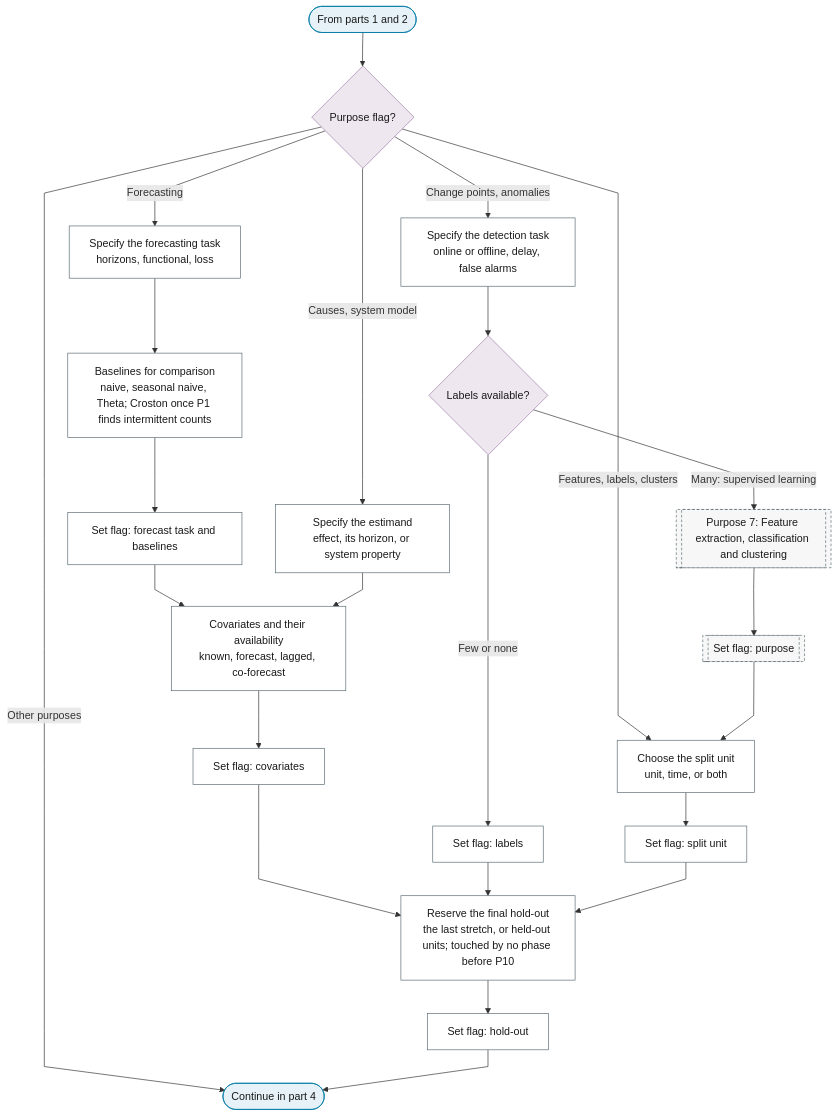
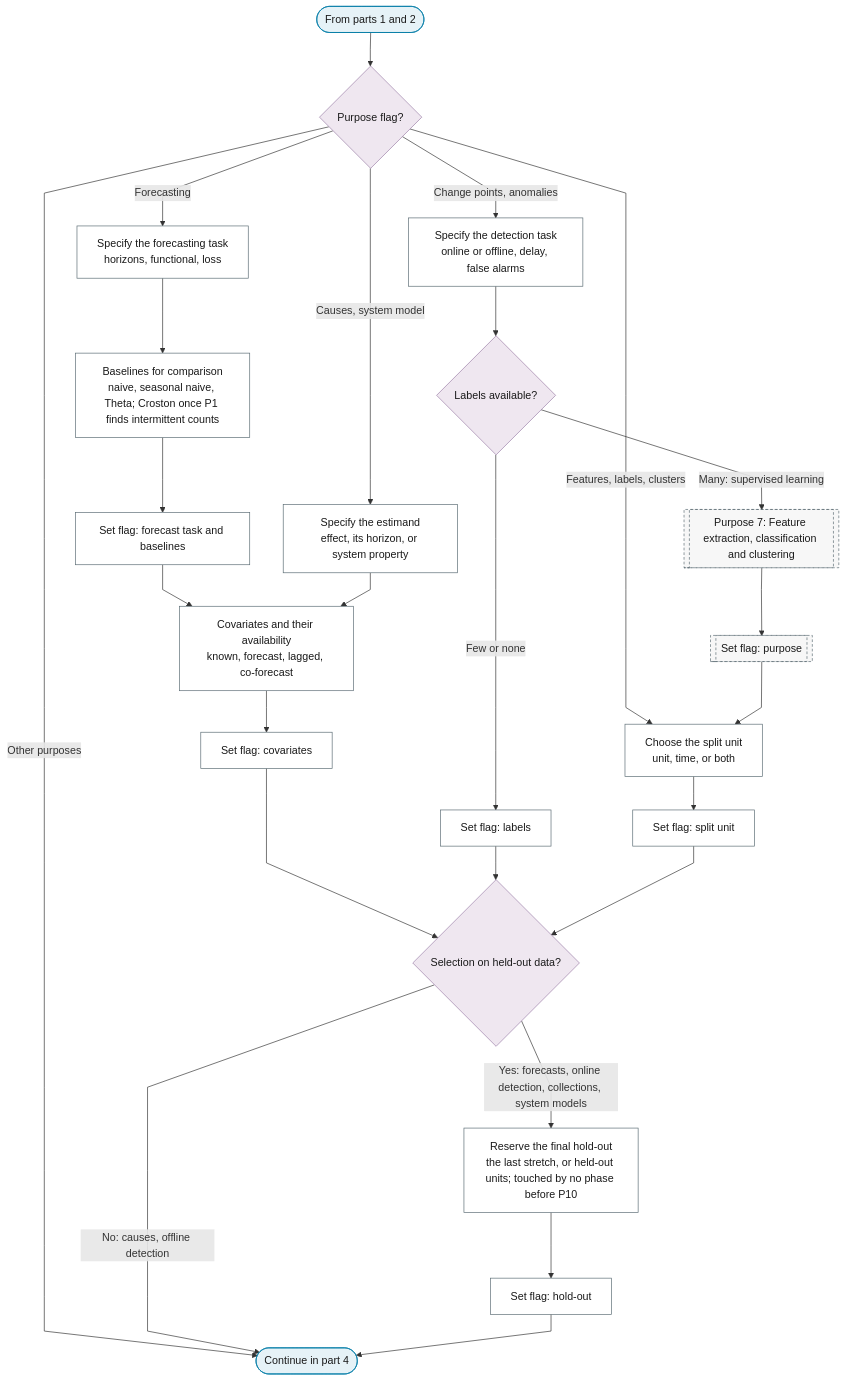
One commit to Shuxin-Y/time-series-analysis-manual changed the third of 4 diagrams in docs/01-workflow/p00-purpose/index.md. Above: the diagram before and after it, drawn with Mermaid. The commit also changed other lines of this file and 14 other files, not shown here.

````diff
--- a/docs/01-workflow/p00-purpose/index.md
+++ b/docs/01-workflow/p00-purpose/index.md
@@ -77,36 +72,38 @@
 ```mermaid
 %%{init: {"flowchart": {"curve": "linear"}}}%%
 graph TD
     P0_PART_3_IN(["From parts 1 and 2"]) --> P0_PLAN{"Purpose flag?"}
     P0_PLAN -->|"Forecasting"| P0_FORECAST_TASK["Specify the forecasting task<br/>horizons, functional, loss"]
     P0_PLAN -->|"Change points, anomalies"| P0_DETECTION_TASK["Specify the detection task<br/>online or offline, delay, false alarms"]
     P0_PLAN -->|"Causes, system model"| P0_ESTIMAND["Specify the estimand<br/>effect, its horizon, or system property"]
     P0_PLAN -->|"Features, labels, clusters"| P0_SPLIT_UNIT["Choose the split unit<br/>unit, time, or both"]
     P0_PLAN -->|"Other purposes"| P0_PART_3_OUT(["Continue in part 4"])
     P0_FORECAST_TASK --> P0_FC_BASELINES["Baselines for comparison<br/>naive, seasonal naive, Theta; Croston once P1 finds intermittent counts"]
     P0_FC_BASELINES --> P0_FORECAST_FLAG["Set flag: forecast task and baselines"]
     P0_FORECAST_FLAG --> P0_COVARIATES["Covariates and their availability<br/>known, forecast, lagged, co-forecast"]
     P0_ESTIMAND --> P0_COVARIATES
     P0_COVARIATES --> P0_COVARIATE_FLAG["Set flag: covariates"]
     P0_DETECTION_TASK --> P0_LABELS{"Labels available?"}
     P0_LABELS -->|"Many: supervised learning"| P0_FEATURES[["Purpose 7: Feature extraction, classification and clustering"]]
     P0_FEATURES --> P0_PURPOSE_FLAG[["Set flag: purpose"]]
     P0_PURPOSE_FLAG --> P0_SPLIT_UNIT
     P0_LABELS -->|"Few or none"| P0_DETECTION_FLAG["Set flag: labels"]
     P0_SPLIT_UNIT --> P0_SPLIT_FLAG["Set flag: split unit"]
-    P0_COVARIATE_FLAG & P0_DETECTION_FLAG & P0_SPLIT_FLAG --> P0_HOLDOUT["Reserve the final hold-out<br/>the last stretch, or held-out units; touched by no phase before P10"]
+    P0_COVARIATE_FLAG & P0_DETECTION_FLAG & P0_SPLIT_FLAG --> P0_HOLDOUT_GATE{"Selection on held-out data?"}
+    P0_HOLDOUT_GATE -->|"Yes: forecasts, online detection, collections, system models"| P0_HOLDOUT["Reserve the final hold-out<br/>the last stretch, or held-out units; touched by no phase before P10"]
+    P0_HOLDOUT_GATE -->|"No: causes, offline detection"| P0_PART_3_OUT
     P0_HOLDOUT --> P0_HOLDOUT_FLAG["Set flag: hold-out"]
     P0_HOLDOUT_FLAG --> P0_PART_3_OUT
     class P0_PART_3_IN,P0_PART_3_OUT terminator
-    class P0_PLAN,P0_LABELS decision
+    class P0_PLAN,P0_LABELS,P0_HOLDOUT_GATE decision
     class P0_FORECAST_TASK,P0_DETECTION_TASK,P0_ESTIMAND,P0_SPLIT_UNIT,P0_FC_BASELINES,P0_COVARIATES,P0_FORECAST_FLAG,P0_COVARIATE_FLAG,P0_DETECTION_FLAG,P0_SPLIT_FLAG,P0_HOLDOUT,P0_HOLDOUT_FLAG process
     class P0_FEATURES,P0_PURPOSE_FLAG ref
     classDef terminator fill:#E6F2F7,stroke:#007BA7,color:#1A1A1A;
     classDef process fill:#FFFFFF,stroke:#5A6B73,color:#1A1A1A;
     classDef decision fill:#EFE7F0,stroke:#9B7FA7,color:#1A1A1A;
     classDef data fill:#FFF4E0,stroke:#C9A55E,color:#1A1A1A;
     classDef good fill:#DCEFD8,stroke:#4A7A3F,color:#1A1A1A;
     classDef escalate fill:#FFE9C2,stroke:#C9A55E,color:#1A1A1A;
     classDef problem fill:#F2D9DE,stroke:#800020,color:#1A1A1A;
     classDef ref fill:#F7F7F7,stroke:#5A6B73,color:#1A1A1A,stroke-dasharray:4 3;
 ```
````
